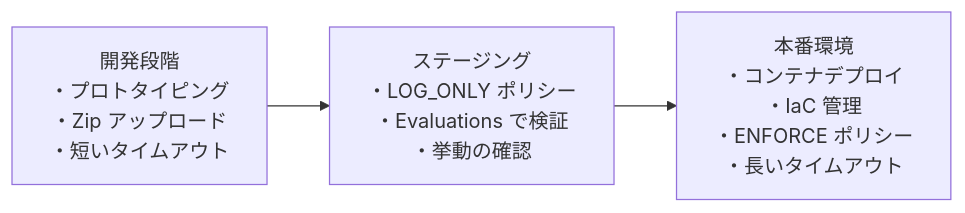
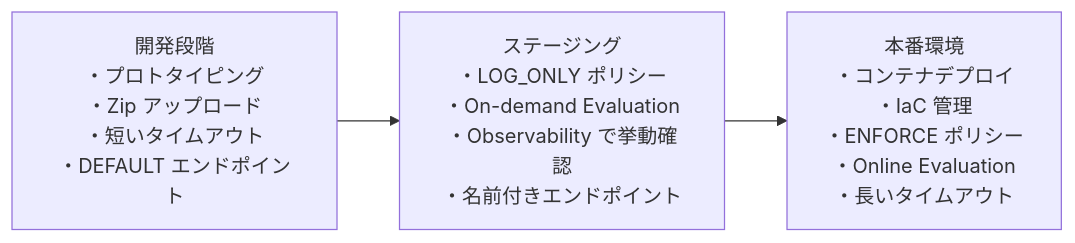
The seventh of 7 diagrams in packages/@ai-suburi/docs/docs/bedrock-agentcore/index.md (Kojiro-schatten/ai-agent-ts), drawn with Mermaid before and after one commit. The commit also changed other lines of this file, not shown here.

````diff
--- a/packages/@ai-suburi/docs/docs/bedrock-agentcore/index.md
+++ b/packages/@ai-suburi/docs/docs/bedrock-agentcore/index.md
@@ -393,5 +470,5 @@
 ```mermaid
 graph LR
-    Dev["開発段階<br/>・プロトタイピング<br/>・Zip アップロード<br/>・短いタイムアウト"] --> Staging["ステージング<br/>・LOG_ONLY ポリシー<br/>・Evaluations で検証<br/>・挙動の確認"]
-    Staging --> Prod["本番環境<br/>・コンテナデプロイ<br/>・IaC 管理<br/>・ENFORCE ポリシー<br/>・長いタイムアウト"]
+    Dev["開発段階<br/>・プロトタイピング<br/>・Zip アップロード<br/>・短いタイムアウト<br/>・DEFAULT エンドポイント"] --> Staging["ステージング<br/>・LOG_ONLY ポリシー<br/>・On-demand Evaluation<br/>・Observability で挙動確認<br/>・名前付きエンドポイント"]
+    Staging --> Prod["本番環境<br/>・コンテナデプロイ<br/>・IaC 管理<br/>・ENFORCE ポリシー<br/>・Online Evaluation<br/>・長いタイムアウト"]
 ```
````
